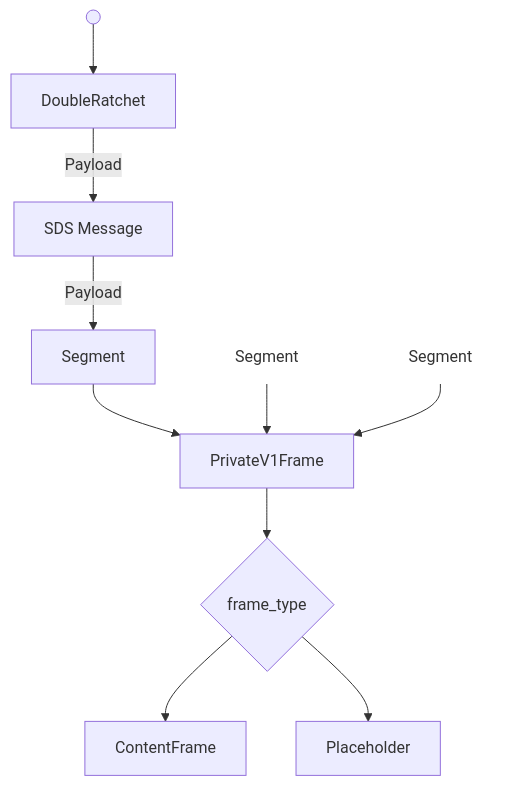
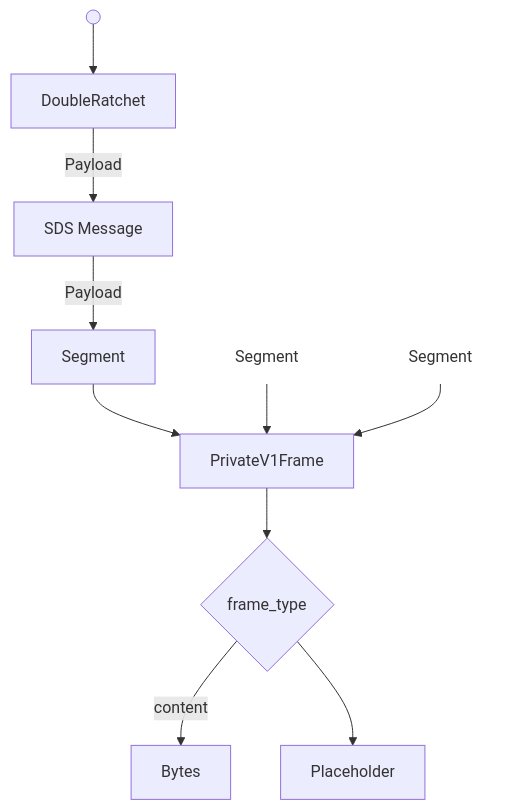
One commit to waku-org/specs changed the third of 3 diagrams in standards/application/privatev1.md. Above: the diagram before and after it, drawn with Mermaid. The commit also changed other lines of this file, not shown here.

Commit message:
Abstract away contentFrame

````diff
--- a/standards/application/privatev1.md
+++ b/standards/application/privatev1.md
@@ -174,25 +180,25 @@
 ```mermaid
 flowchart TD
 
     D[DoubleRatchet]
     S[SDS Message]
     Segment1[ Segment]
     Segment2[ Segment]
     Segment3[ Segment]
     P[PrivateV1Frame]
 
     start@{ shape: start }
     start --> D
     D -->|Payload| S
     S -->|Payload| Segment1
 
     Segment1 --> P
     Segment2:::plain --> P
     Segment3:::plain --> P
     
     P --> T{frame_type}
-    T --> ContentFrame
+    T --content--> Bytes
     T --> Placeholder
 
     classDef plain fill:none,stroke:transparent;
 ```
````
